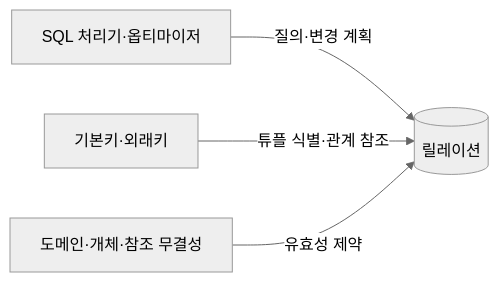
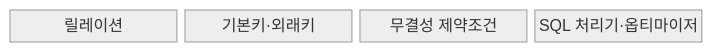
One commit to agnusdei1207/knowledge-base changed the first of 2 diagrams in src/content/docs/notes/03-software/084_relational_database.md. Above: the diagram before and after it, drawn with Mermaid (neutral theme). The commit also changed other lines of this file and 20 other files, not shown here.

````diff
--- a/src/content/docs/notes/03-software/084_relational_database.md
+++ b/src/content/docs/notes/03-software/084_relational_database.md
@@ -66,10 +63,8 @@
 ```mermaid
-flowchart LR
-    Q[SQL 처리기·옵티마이저]
-    R[(릴레이션)]
-    K[기본키·외래키]
-    I[도메인·개체·참조 무결성]
-    Q -->|질의·변경 계획| R
-    K -->|튜플 식별·관계 참조| R
-    I -->|유효성 제약| R
+block
+  columns 4
+  R["릴레이션"]
+  K["기본키·외래키"]
+  I["무결성 제약조건"]
+  Q["SQL 처리기·옵티마이저"]
 ```
````
